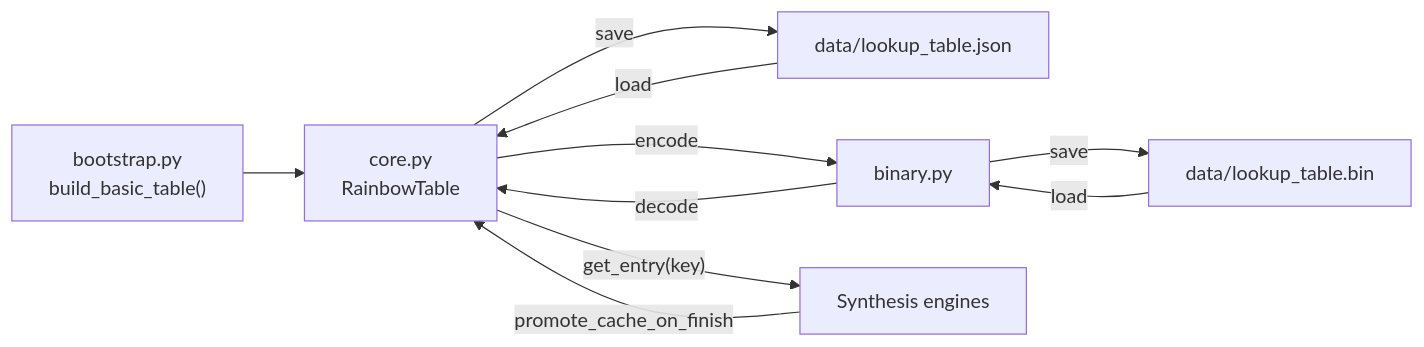
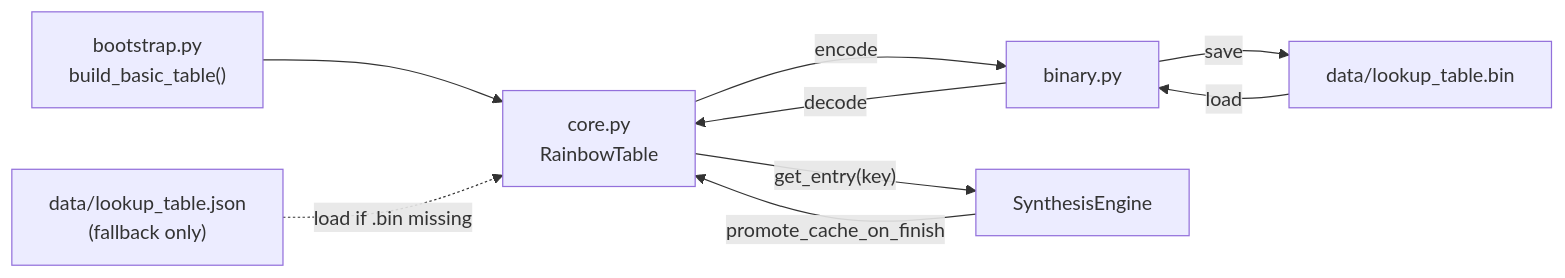
Before and after one commit to QuipNetwork/quip-protocol: the diagram in tutte/lookup/README.md, drawn with Mermaid. The commit also changed other lines of this file and 21 other files, not shown here.

````diff
--- a/tutte/lookup/README.md
+++ b/tutte/lookup/README.md
@@ -36,12 +40,11 @@
 ```mermaid
 graph LR
     B["bootstrap.py<br/>build_basic_table()"] --> C["core.py<br/>RainbowTable"]
-    C --> |save| D["data/lookup_table.json"]
     C --> |encode| E["binary.py"]
     E --> |save| F["data/lookup_table.bin"]
     F --> |load| E
     E --> |decode| C
-    D --> |load| C
-    C --> |"get_entry(key)"| S[Synthesis engines]
+    D["data/lookup_table.json<br/>(fallback only)"] -.-> |"load if .bin missing"| C
+    C --> |"get_entry(key)"| S[SynthesisEngine]
     S --> |"promote_cache_on_finish"| C
 ```
````
